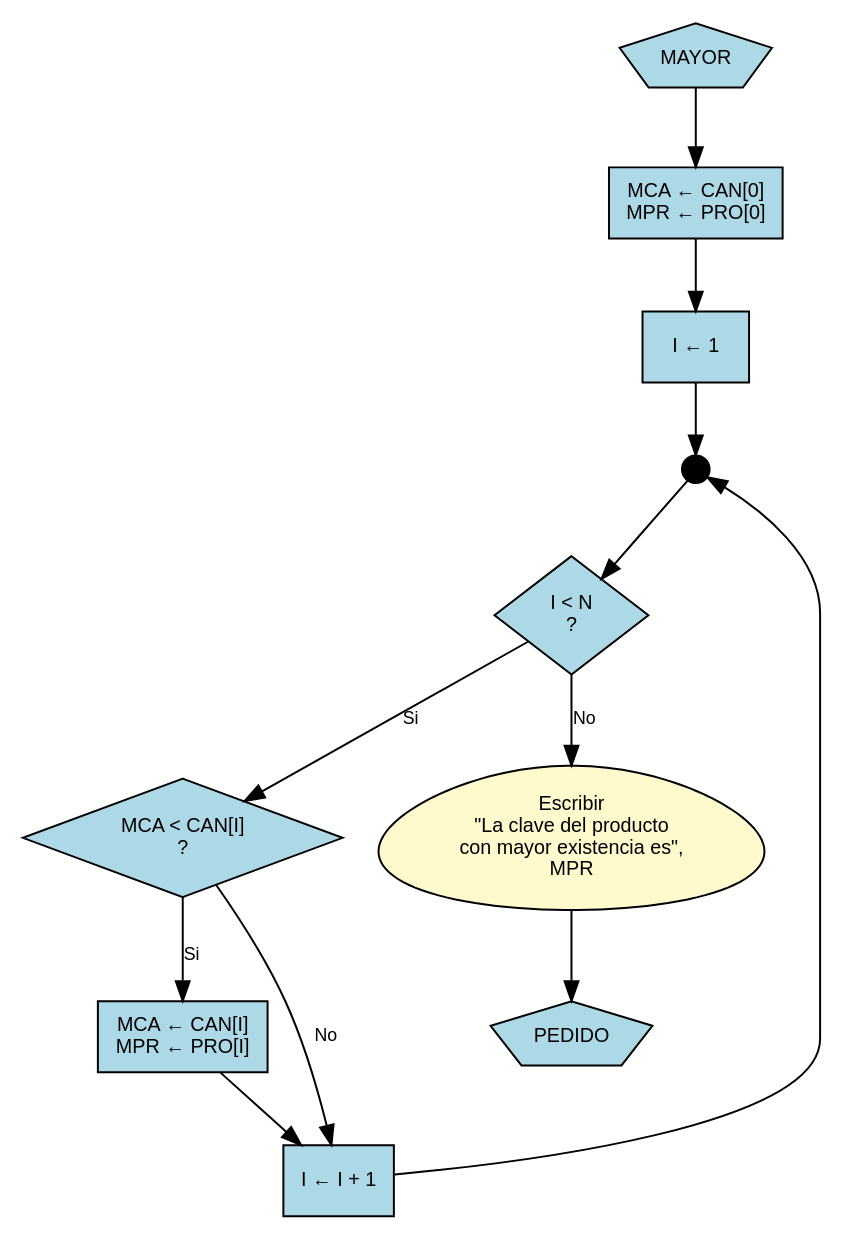
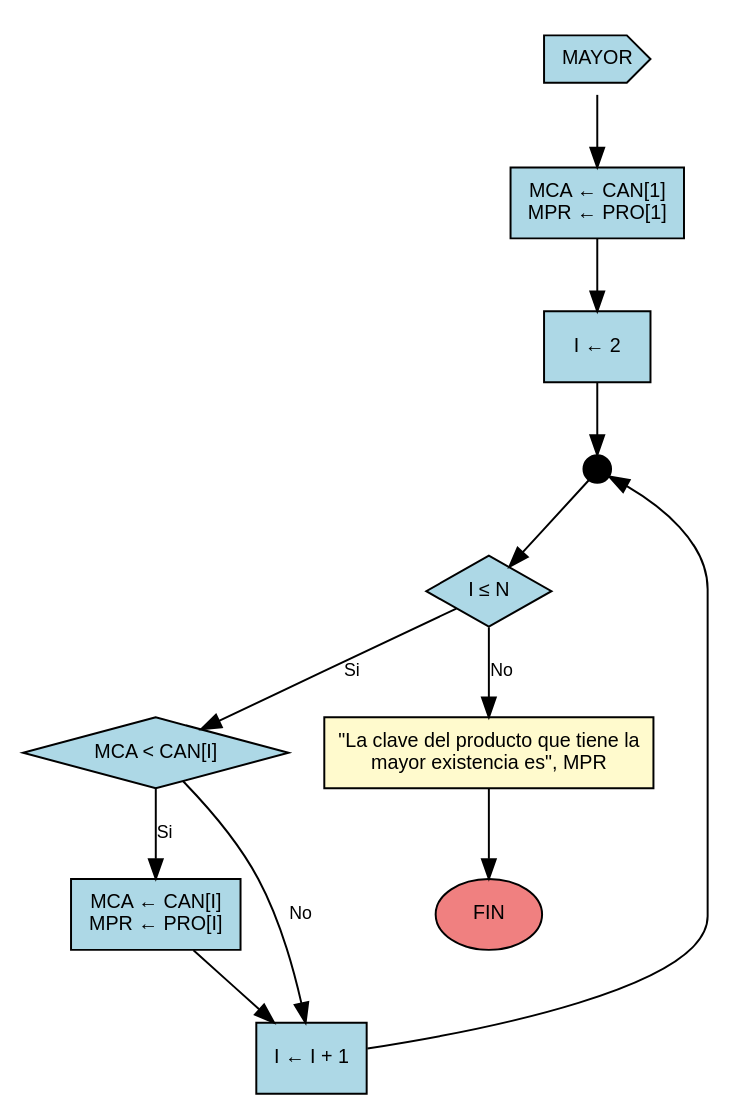
One commit to D1egoXD/JAVA-TICS changed the diagram in diagramas/problema_4_22_parte_b.dot. Above: the diagram before and after it, drawn with Graphviz. The commit also changed 7 other files, not shown here.

```diff
--- a/diagramas/problema_4_22_parte_b.dot
+++ b/diagramas/problema_4_22_parte_b.dot
@@ -1,30 +1,30 @@
 digraph Inventario_Parte_B {
     rankdir=TB;
     node [shape=box, style=filled, fontname="Arial", fontsize=10];
     edge [fontname="Arial", fontsize=9];
 
     // Nodos
-    conectorMayor [label="MAYOR", shape=pentagon, fillcolor="#ADD8E6", color=black, fontcolor=black];
-    inicializar [label="MCA ← CAN[0]\nMPR ← PRO[0]", shape=box, fillcolor="#ADD8E6", color=black, fontcolor=black];
-    initI [label="I ← 1", shape=box, fillcolor="#ADD8E6", color=black, fontcolor=black];
+    conectorMayor [label="MAYOR", shape=cds, fillcolor="#ADD8E6", color=black, fontcolor=black];
+    inicializar [label="MCA ← CAN[1]\nMPR ← PRO[1]", shape=box, fillcolor="#ADD8E6", color=black, fontcolor=black];
+    initI [label="I ← 2", shape=box, fillcolor="#ADD8E6", color=black, fontcolor=black];
     converge1 [label="", shape=circle, width=0.2, height=0.2, fillcolor=black, color=black];
-    ciclo [label="I < N\n?", shape=diamond, fillcolor="#ADD8E6", color=black, fontcolor=black];
-    comparacion [label="MCA < CAN[I]\n?", shape=diamond, fillcolor="#ADD8E6", color=black, fontcolor=black];
+    ciclo [label="I ≤ N", shape=diamond, fillcolor="#ADD8E6", color=black, fontcolor=black];
+    comparacion [label="MCA < CAN[I]", shape=diamond, fillcolor="#ADD8E6", color=black, fontcolor=black];
     actualizar [label="MCA ← CAN[I]\nMPR ← PRO[I]", shape=box, fillcolor="#ADD8E6", color=black, fontcolor=black];
     incremento [label="I ← I + 1", shape=box, fillcolor="#ADD8E6", color=black, fontcolor=black];
-    msgMayor [label="Escribir\n\"La clave del producto\ncon mayor existencia es\",\nMPR", shape=egg, fillcolor="#FFFACD", color=black, fontcolor=black];
-    conectorPedido [label="PEDIDO", shape=pentagon, fillcolor="#ADD8E6", color=black, fontcolor=black];
+    msgMayor [label="\"La clave del producto que tiene la\nmayor existencia es\", MPR", shape=box, fillcolor="#FFFACD", color=black, fontcolor=black];
+    fin [label="FIN", shape=oval, fillcolor="#F08080", color=black, fontcolor=black];
 
     // Conexiones
     conectorMayor -> inicializar;
     inicializar -> initI;
     initI -> converge1;
     converge1 -> ciclo;
     ciclo -> comparacion [label="Si"];
     ciclo -> msgMayor [label="No"];
     comparacion -> actualizar [label="Si"];
     comparacion -> incremento [label="No"];
     actualizar -> incremento;
     incremento -> converge1;
-    msgMayor -> conectorPedido;
+    msgMayor -> fin;
 }
```
